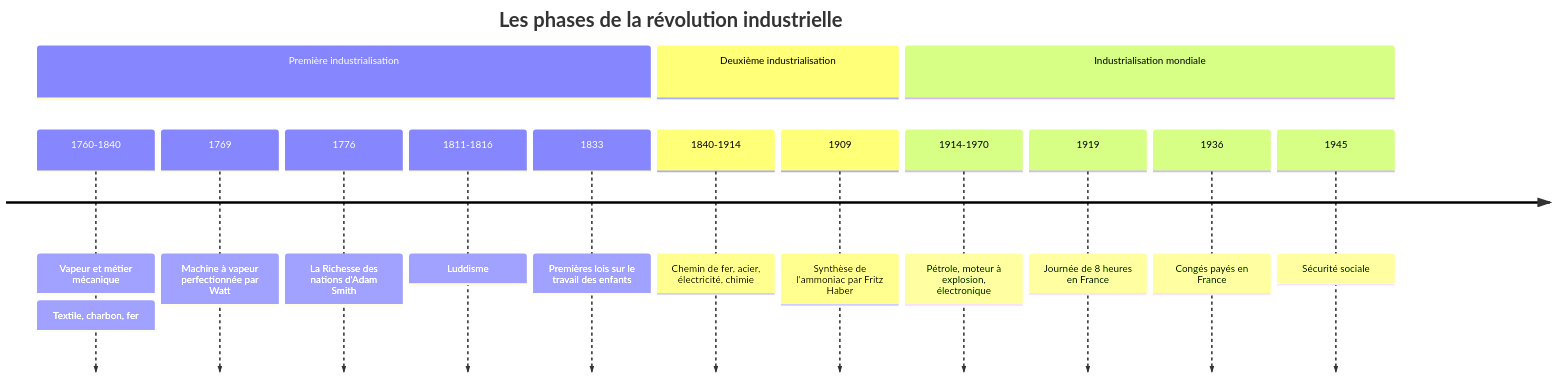
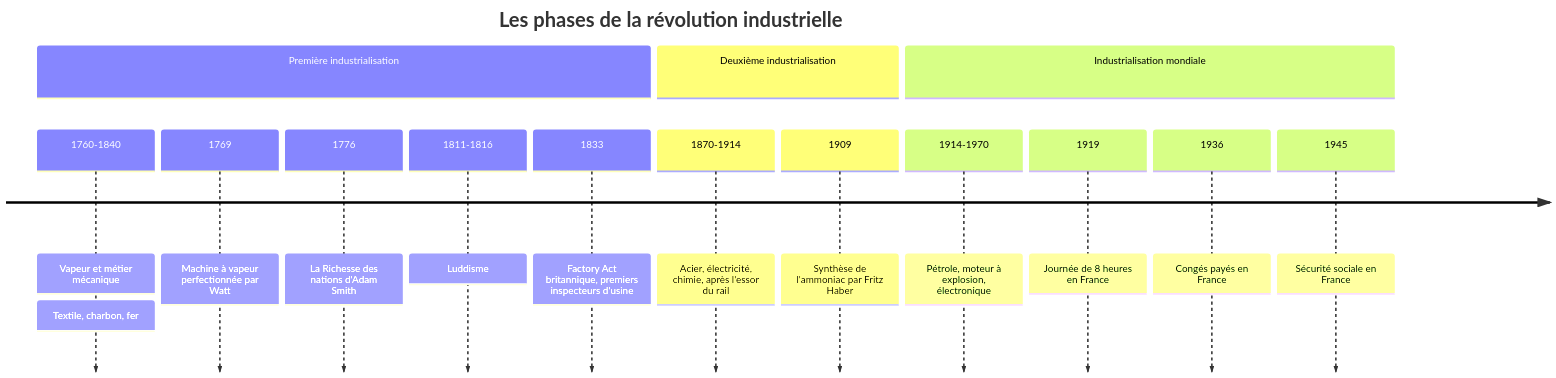
The diagram in Social Sciences/History/La Révolution Industrielle.md (rwmicro/pensine), drawn with Mermaid before and after one commit. The commit also changed 9 other files, not shown here.

````diff
--- a/Social Sciences/History/La Révolution Industrielle.md
+++ b/Social Sciences/History/La Révolution Industrielle.md
@@ -34,18 +34,18 @@
 ```mermaid
 timeline
     title Les phases de la révolution industrielle
     section Première industrialisation
         1760-1840 : Vapeur et métier mécanique : Textile, charbon, fer
         1769 : Machine à vapeur perfectionnée par Watt
         1776 : La Richesse des nations d'Adam Smith
         1811-1816 : Luddisme
-        1833 : Premières lois sur le travail des enfants
+        1833 : Factory Act britannique, premiers inspecteurs d'usine
     section Deuxième industrialisation
-        1840-1914 : Chemin de fer, acier, électricité, chimie
+        1870-1914 : Acier, électricité, chimie, après l'essor du rail
         1909 : Synthèse de l'ammoniac par Fritz Haber
     section Industrialisation mondiale
         1914-1970 : Pétrole, moteur à explosion, électronique
         1919 : Journée de 8 heures en France
         1936 : Congés payés en France
-        1945 : Sécurité sociale
+        1945 : Sécurité sociale en France
 ```
````
